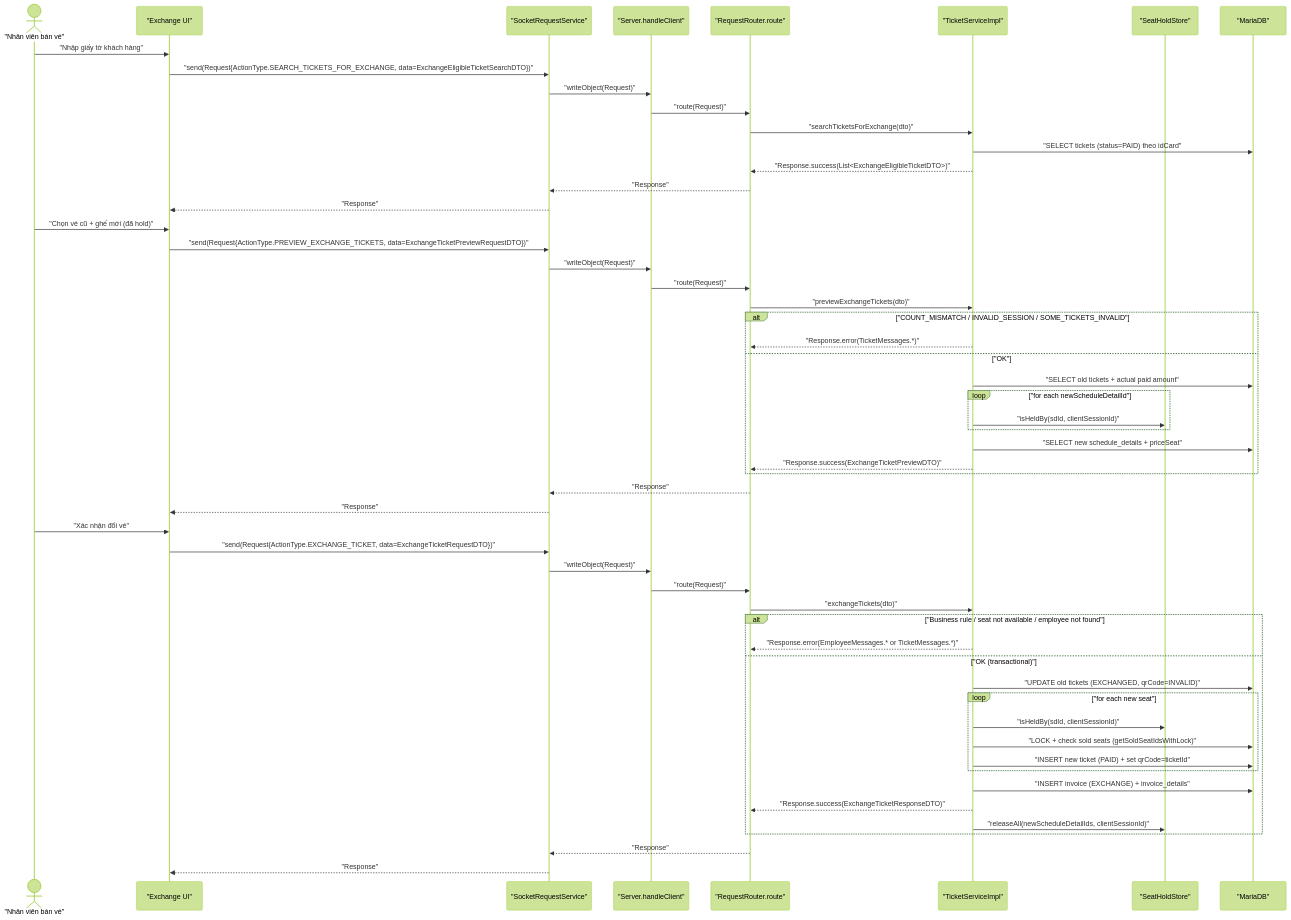
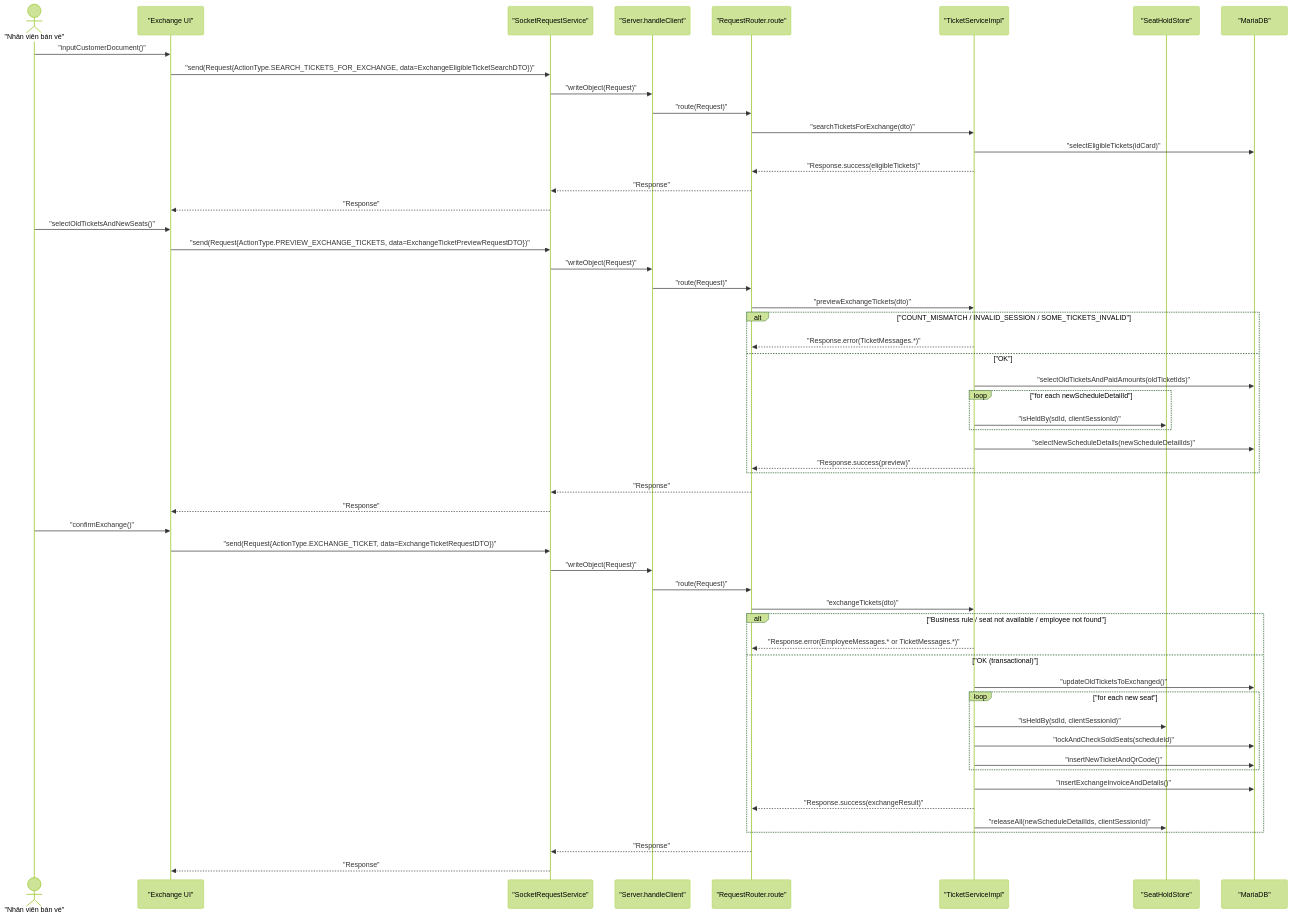
The second of 2 diagrams in docs/diagrams/sequence/uc002-doi-ve.md (Distributed-Programing-Project/railway-reservation-system-server), drawn with Mermaid (forest theme) before and after one commit. The commit also changed other lines of this file and 6 other files, not shown here.

Commit message:
fix: syntax diagram

````diff
--- a/docs/diagrams/sequence/uc002-doi-ve.md
+++ b/docs/diagrams/sequence/uc002-doi-ve.md
@@ -53,60 +53,60 @@
 ```mermaid
 sequenceDiagram
   actor Clerk as "Nhân viên bán vé"
   participant UI as "Exchange UI"
   participant Socket as "SocketRequestService"
   participant Server as "Server.handleClient"
   participant Router as "RequestRouter.route"
   participant TicketSvc as "TicketServiceImpl"
   participant Hold as "SeatHoldStore"
   participant DB as "MariaDB"
 
-  Clerk->>UI: "Nhập giấy tờ khách hàng"
+  Clerk->>UI: "inputCustomerDocument()"
   UI->>Socket: "send(Request{ActionType.SEARCH_TICKETS_FOR_EXCHANGE, data=ExchangeEligibleTicketSearchDTO})"
   Socket->>Server: "writeObject(Request)"
   Server->>Router: "route(Request)"
   Router->>TicketSvc: "searchTicketsForExchange(dto)"
-  TicketSvc->>DB: "SELECT tickets (status=PAID) theo idCard"
-  TicketSvc-->>Router: "Response.success(List<ExchangeEligibleTicketDTO>)"
+  TicketSvc->>DB: "selectEligibleTickets(idCard)"
+  TicketSvc-->>Router: "Response.success(eligibleTickets)"
   Router-->>Socket: "Response"
   Socket-->>UI: "Response"
 
-  Clerk->>UI: "Chọn vé cũ + ghế mới (đã hold)"
+  Clerk->>UI: "selectOldTicketsAndNewSeats()"
   UI->>Socket: "send(Request{ActionType.PREVIEW_EXCHANGE_TICKETS, data=ExchangeTicketPreviewRequestDTO})"
   Socket->>Server: "writeObject(Request)"
   Server->>Router: "route(Request)"
   Router->>TicketSvc: "previewExchangeTickets(dto)"
   alt "COUNT_MISMATCH / INVALID_SESSION / SOME_TICKETS_INVALID"
     TicketSvc-->>Router: "Response.error(TicketMessages.*)"
   else "OK"
-    TicketSvc->>DB: "SELECT old tickets + actual paid amount"
+    TicketSvc->>DB: "selectOldTicketsAndPaidAmounts(oldTicketIds)"
     loop "for each newScheduleDetailId"
       TicketSvc->>Hold: "isHeldBy(sdId, clientSessionId)"
     end
-    TicketSvc->>DB: "SELECT new schedule_details + priceSeat"
-    TicketSvc-->>Router: "Response.success(ExchangeTicketPreviewDTO)"
+    TicketSvc->>DB: "selectNewScheduleDetails(newScheduleDetailIds)"
+    TicketSvc-->>Router: "Response.success(preview)"
   end
   Router-->>Socket: "Response"
   Socket-->>UI: "Response"
 
-  Clerk->>UI: "Xác nhận đổi vé"
+  Clerk->>UI: "confirmExchange()"
   UI->>Socket: "send(Request{ActionType.EXCHANGE_TICKET, data=ExchangeTicketRequestDTO})"
   Socket->>Server: "writeObject(Request)"
   Server->>Router: "route(Request)"
   Router->>TicketSvc: "exchangeTickets(dto)"
   alt "Business rule / seat not available / employee not found"
     TicketSvc-->>Router: "Response.error(EmployeeMessages.* or TicketMessages.*)"
   else "OK (transactional)"
-    TicketSvc->>DB: "UPDATE old tickets (EXCHANGED, qrCode=INVALID)"
+    TicketSvc->>DB: "updateOldTicketsToExchanged()"
     loop "for each new seat"
       TicketSvc->>Hold: "isHeldBy(sdId, clientSessionId)"
-      TicketSvc->>DB: "LOCK + check sold seats (getSoldSeatIdsWithLock)"
-      TicketSvc->>DB: "INSERT new ticket (PAID) + set qrCode=ticketId"
+      TicketSvc->>DB: "lockAndCheckSoldSeats(scheduleId)"
+      TicketSvc->>DB: "insertNewTicketAndQrCode()"
     end
-    TicketSvc->>DB: "INSERT invoice (EXCHANGE) + invoice_details"
-    TicketSvc-->>Router: "Response.success(ExchangeTicketResponseDTO)"
+    TicketSvc->>DB: "insertExchangeInvoiceAndDetails()"
+    TicketSvc-->>Router: "Response.success(exchangeResult)"
     TicketSvc->>Hold: "releaseAll(newScheduleDetailIds, clientSessionId)"
   end
   Router-->>Socket: "Response"
   Socket-->>UI: "Response"
 ```
````
